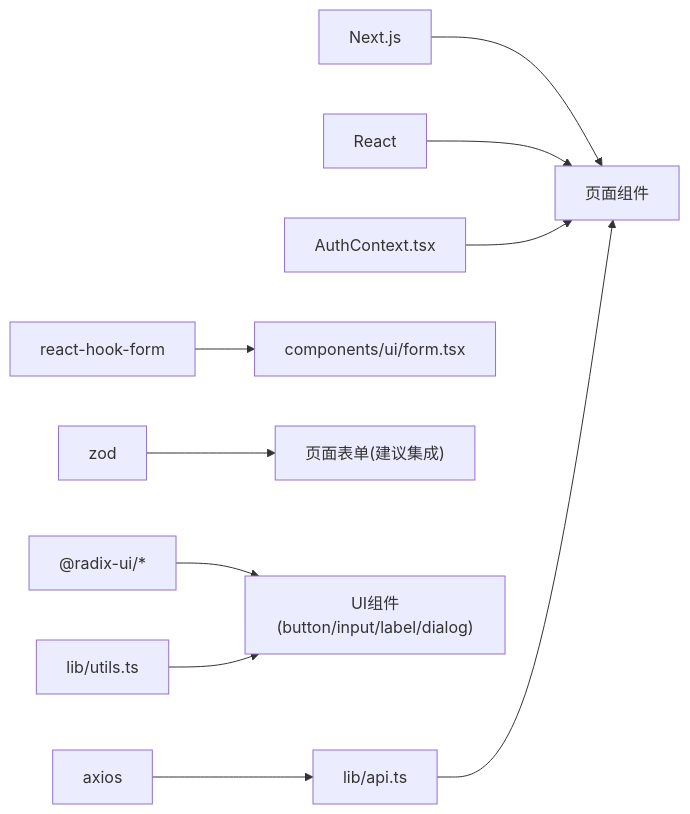
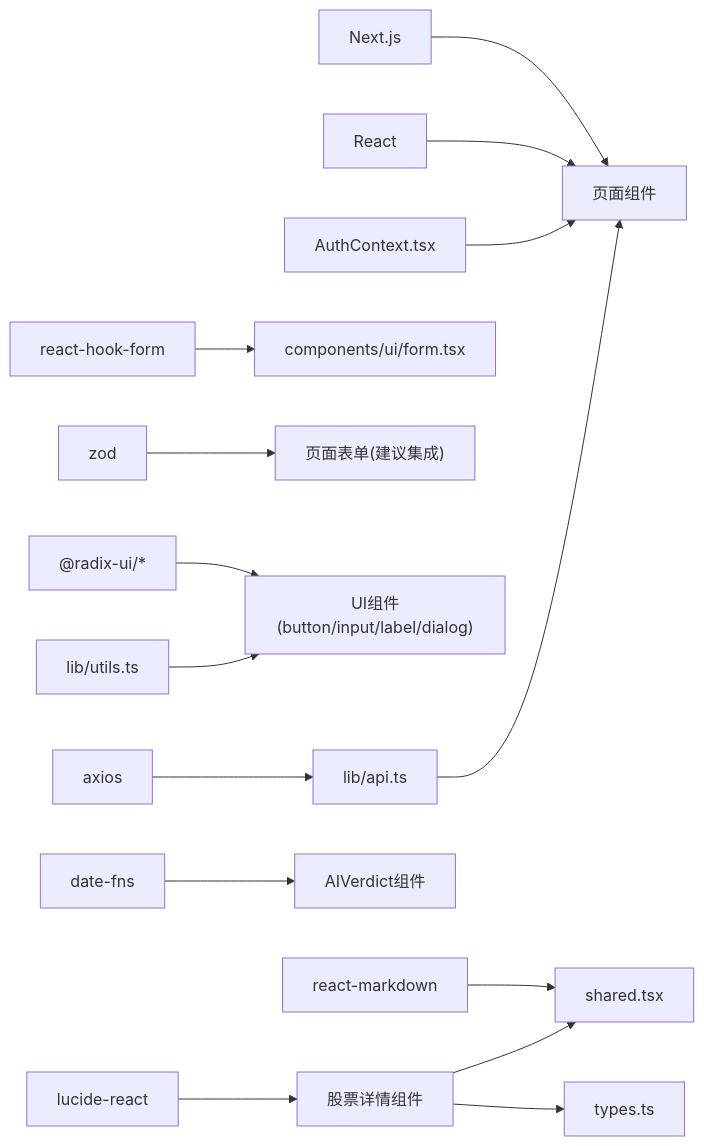
The tenth of 10 diagrams in .qoder/repowiki/zh/content/前端开发指南/React组件设计/React组件设计.md (breeze-lyf/ai-stock-advisor), drawn with Mermaid before and after one commit. The commit also changed other lines of this file and 30 other files, not shown here.

````diff
--- a/.qoder/repowiki/zh/content/前端开发指南/React组件设计/React组件设计.md
+++ b/.qoder/repowiki/zh/content/前端开发指南/React组件设计/React组件设计.md
@@ -384,12 +552,17 @@
 ```mermaid
 graph LR
 Next["Next.js"] --> Pages["页面组件"]
 React["React"] --> Pages
 Axios["axios"] --> API["lib/api.ts"]
 RHF["react-hook-form"] --> FormUI["components/ui/form.tsx"]
 Zod["zod"] --> PageForms["页面表单(建议集成)"]
 Radix["@radix-ui/*"] --> UI["UI组件(button/input/label/dialog)"]
+Lucide["lucide-react"] --> StockDetail["股票详情组件"]
+DateFns["date-fns"] --> AIV["AIVerdict组件"]
+ReactMarkdown["react-markdown"] --> Shared["shared.tsx"]
 Utils["lib/utils.ts"] --> UI
 Auth["AuthContext.tsx"] --> Pages
 API --> Pages
+StockDetail --> Shared
+StockDetail --> Types["types.ts"]
 ```
````
